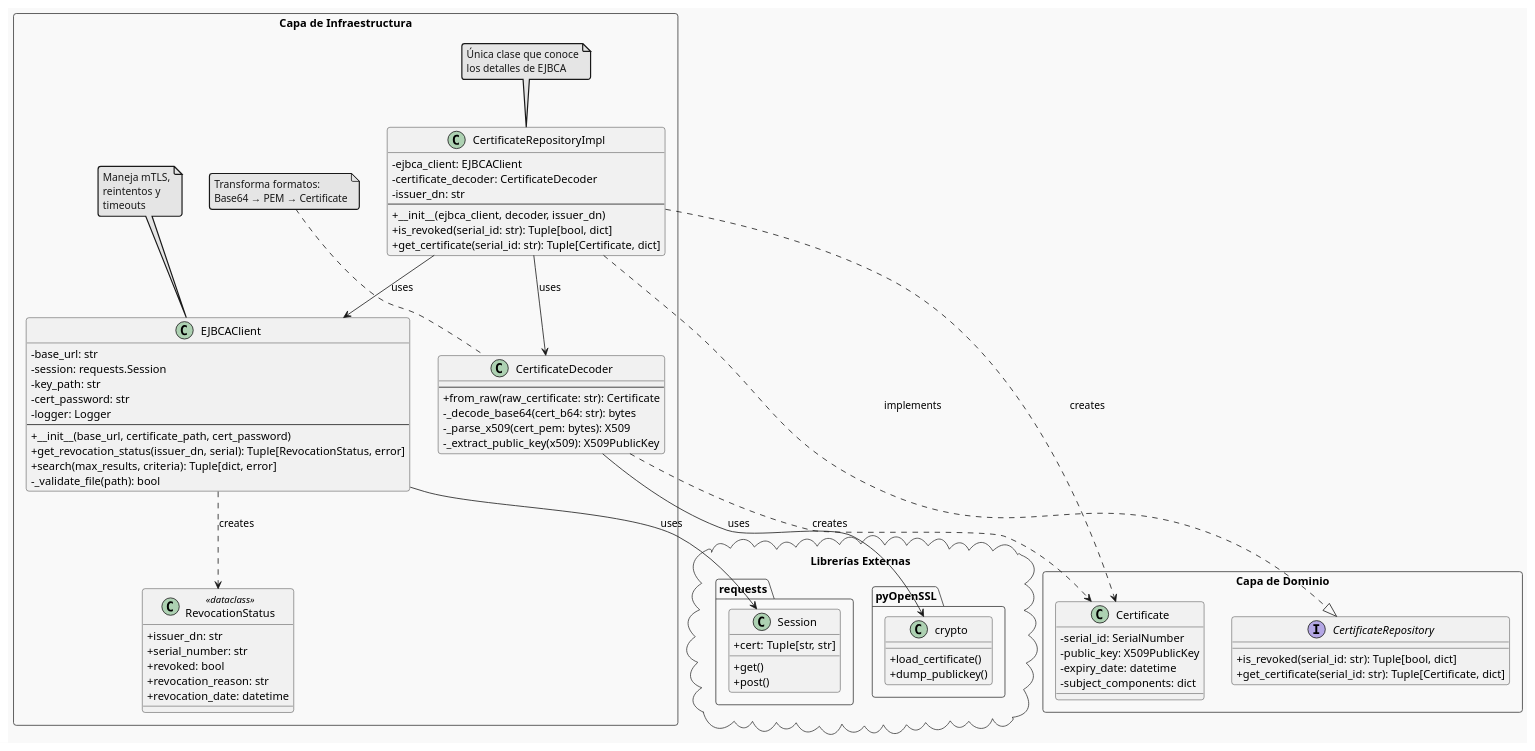
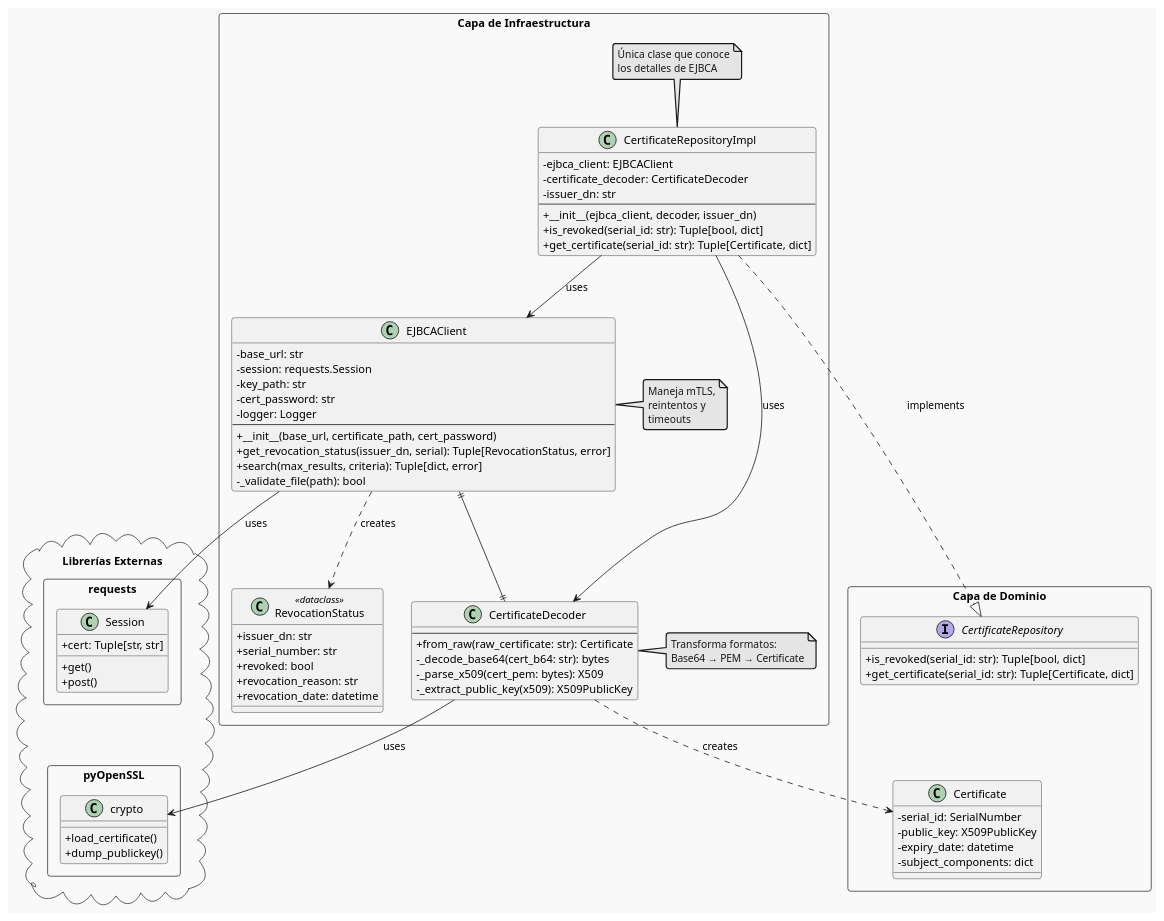
The diagram in documentation/level4-diagrams/infraestructure.plantuml (brunoperezm/ejbca-tesis), drawn with PlantUML before and after one commit. The commit also changed 1 other file, not shown here.

Commit message:
Modifica diagramas de capa de infraestructura

```diff
--- a/documentation/level4-diagrams/infraestructure.plantuml
+++ b/documentation/level4-diagrams/infraestructure.plantuml
@@ -1,86 +1,98 @@
 @startuml
 !theme mars
 skinparam classAttributeIconSize 0
+
+' Layout directives for better organization
+top to bottom direction
+skinparam packageStyle rectangle
 
 package "Capa de Dominio" <<Rectangle>> {
     interface CertificateRepository {
         + is_revoked(serial_id: str): Tuple[bool, dict]
         + get_certificate(serial_id: str): Tuple[Certificate, dict]
     }
     
     class Certificate {
         - serial_id: SerialNumber
         - public_key: X509PublicKey
         - expiry_date: datetime
         - subject_components: dict
     }
 }
+
+package "Capa de Infraestructura" <<Rectangle>> {
+    class CertificateRepositoryImpl {
+        - ejbca_client: EJBCAClient
+        - certificate_decoder: CertificateDecoder
+        - issuer_dn: str
+        --
+        + __init__(ejbca_client, decoder, issuer_dn)
+        + is_revoked(serial_id: str): Tuple[bool, dict]
+        + get_certificate(serial_id: str): Tuple[Certificate, dict]
+    }
+    note top of CertificateRepositoryImpl : Única clase que conoce\nlos detalles de EJBCA
+
+    EJBCAClient ||--|| CertificateDecoder
+    
+    class EJBCAClient {
+        - base_url: str
+        - session: requests.Session
+        - key_path: str
+        - cert_password: str
+        - logger: Logger
+        --
+        + __init__(base_url, certificate_path, cert_password)
+        + get_revocation_status(issuer_dn, serial): Tuple[RevocationStatus, error]
+        + search(max_results, criteria): Tuple[dict, error]
+        - _validate_file(path): bool
+    }
+    note left of EJBCAClient : Maneja mTLS,\nreintentos y\ntimeouts
+    
+    class CertificateDecoder {
+        --
+        + from_raw(raw_certificate: str): Certificate
+        - _decode_base64(cert_b64: str): bytes
+        - _parse_x509(cert_pem: bytes): X509
+        - _extract_public_key(x509): X509PublicKey
+    }
+    note right of CertificateDecoder : Transforma formatos:\nBase64 → PEM → Certificate
+    
+    class RevocationStatus <<dataclass>> {
+        + issuer_dn: str
+        + serial_number: str
+        + revoked: bool
+        + revocation_reason: str
+        + revocation_date: datetime
+    }
+}
+
 package "Librerías Externas" <<Cloud>> {
     class "requests.Session" {
         + get()
         + post()
         + cert: Tuple[str, str]
     }
     
     class "pyOpenSSL.crypto" {
         + load_certificate()
         + dump_publickey()
     }
 }
-package "Capa de Infraestructura" <<Rectangle>> {
-    class CertificateRepositoryImpl {
-        - ejbca_client: EJBCAClient
-        - certificate_decoder: CertificateDecoder
-        - issuer_dn: str
-        --
-        + __init__(ejbca_client, decoder, issuer_dn)
-        + is_revoked(serial_id: str): Tuple[bool, dict]
-        + get_certificate(serial_id: str): Tuple[Certificate, dict]
-    }
-    note top of CertificateRepositoryImpl : Única clase que conoce\nlos detalles de EJBCA
 
-    class EJBCAClient {
-        - base_url: str
-        - session: requests.Session
-        - key_path: str
-        - cert_password: str
-        - logger: Logger
-        --
-        + __init__(base_url, certificate_path, cert_password)
-        + get_revocation_status(issuer_dn, serial): Tuple[RevocationStatus, error]
-        + search(max_results, criteria): Tuple[dict, error]
-        - _validate_file(path): bool
-    }
-    note top of EJBCAClient : Maneja mTLS,\nreintentos y\ntimeouts
-    
-    class CertificateDecoder {
-        --
-        + from_raw(raw_certificate: str): Certificate
-        - _decode_base64(cert_b64: str): bytes
-        - _parse_x509(cert_pem: bytes): X509
-        - _extract_public_key(x509): X509PublicKey
-    }
-    note top of CertificateDecoder : Transforma formatos:\nBase64 → PEM → Certificate
-    
-    class RevocationStatus <<dataclass>> {
-        + issuer_dn: str
-        + serial_number: str
-        + revoked: bool
-        + revocation_reason: str
-        + revocation_date: datetime
-    }
-}
-
-
-
+' Relationships organized by layer
 CertificateRepositoryImpl ..|> CertificateRepository : implements
 CertificateRepositoryImpl --> EJBCAClient : uses
 CertificateRepositoryImpl --> CertificateDecoder : uses
-CertificateRepositoryImpl ..> Certificate : creates
 
-EJBCAClient --> "Session" : uses
+EJBCAClient --> Session : uses
 EJBCAClient ..> RevocationStatus : creates
-CertificateDecoder --> "crypto" : uses
+
+CertificateDecoder --> crypto : uses
 CertificateDecoder ..> Certificate : creates
 
+' Layout hints for better positioning
+CertificateRepository -[hidden]-> Certificate
+EJBCAClient -[hidden]-> RevocationStatus
+Session -[hidden]-> crypto
+
 @enduml
```
